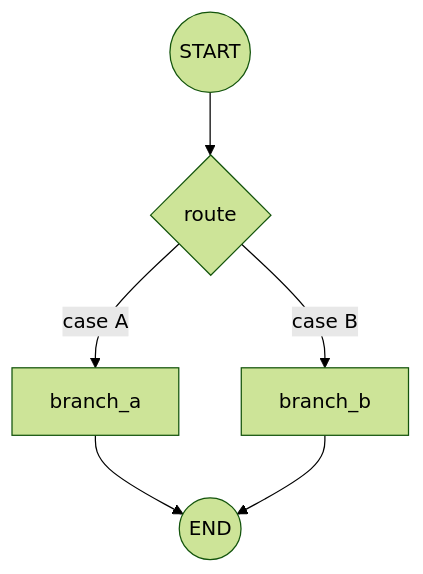
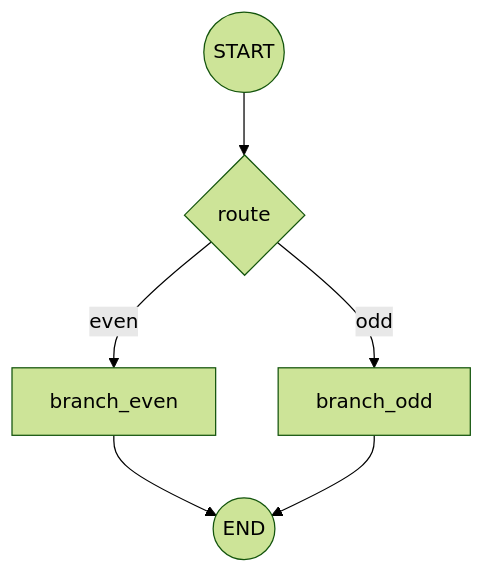
Before and after one commit to ranjan-del/langgraph: the diagram in conditional-graph/README.md, drawn with Mermaid (forest theme). The commit also changed 16 other files, not shown here.

````diff
--- a/conditional-graph/README.md
+++ b/conditional-graph/README.md
@@ -15,8 +15,8 @@
 ```mermaid
 graph TD
     START((START)) --> R{route}
-    R -->|case A| A[branch_a]
-    R -->|case B| B[branch_b]
+    R -->|even| A[branch_even]
+    R -->|odd| B[branch_odd]
     A --> END((END))
     B --> END((END))
 ```
````
